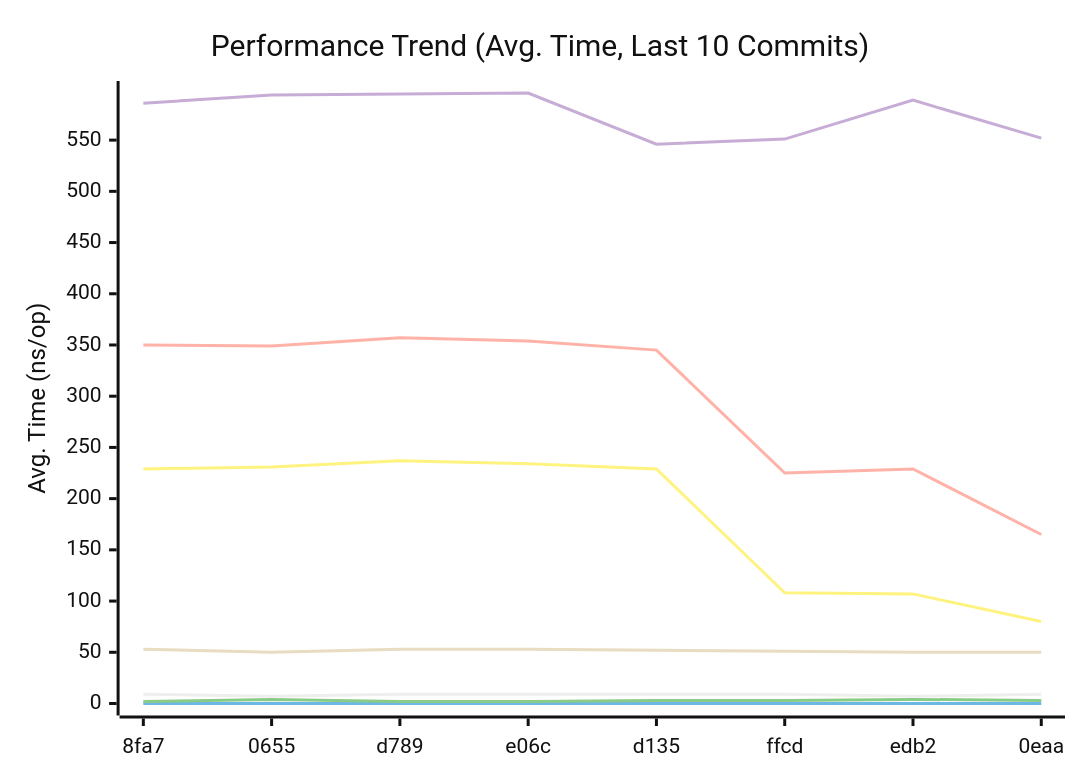
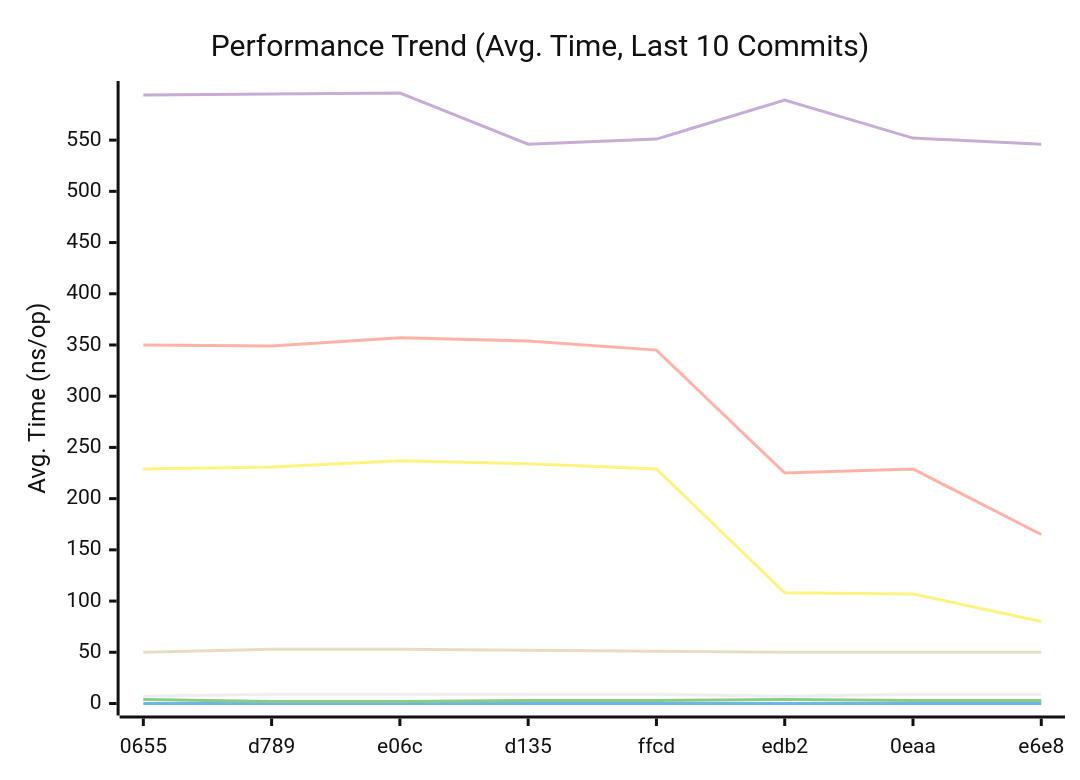
The first of 3 diagrams in docs/README.md (alsotoes/momo), drawn with Mermaid (neutral theme) before and after one commit. The commit also changed other lines of this file and 1 other file, not shown here.

````diff
--- a/docs/README.md
+++ b/docs/README.md
@@ -303,14 +303,14 @@
 ```mermaid
 xychart-beta
     title "Performance Trend (Avg. Time, Last 10 Commits)"
     x-axis "Commit"
     y-axis "Avg. Time (ns/op)"
-    x-axis [8fa7,0655,d789,e06c,d135,ffcd,edb2,0eaa]
-    line "CheckMetricsAndSwap" [9,7,9,9,9,9,7,9,9,7]
+    x-axis [0655,d789,e06c,d135,ffcd,edb2,0eaa,e6e8]
+    line "CheckMetricsAndSwap" [7,9,9,9,9,7,9,9,7,9]
     line "IndexDirectTracking" [0,0,0,0,0,0,0,0,0,0]
-    line "IndexSearch" [2,4,2,2,3,3,4,3,3,4]
-    line "LoadGlobalConfig" [586,594,595,596,546,551,589,552,546,588]
-    line "PadString" [53,50,53,53,52,51,50,50,50,50]
+    line "IndexSearch" [4,2,2,3,3,4,3,3,4,3]
+    line "LoadGlobalConfig" [594,595,596,546,551,589,552,546,588,596]
+    line "PadString" [50,53,53,52,51,50,50,50,50,53]
     line "ParseReplicationOrder_NoPrealloc" [350,349,357,354,345,225,229,165,232,234]
     line "ParseReplicationOrder_Prealloc" [229,231,237,234,229,108,107,80,110,109]
 ```
````
